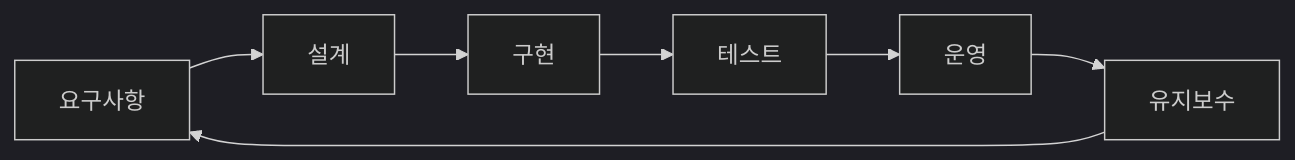
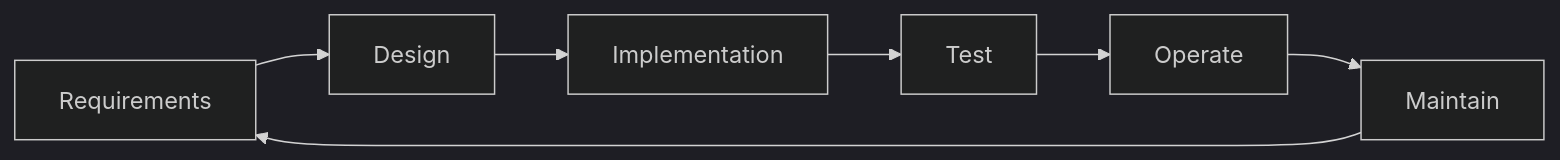
Before and after one commit to yeongseon-books/book-content: the diagram in content/software-engineering-101/ko/01-what-is-software-engineering.md, drawn with Mermaid (dark theme). The commit also changed other lines of this file and 9 other files, not shown here.

````diff
--- a/content/software-engineering-101/ko/01-what-is-software-engineering.md
+++ b/content/software-engineering-101/ko/01-what-is-software-engineering.md
@@ -36,9 +50,9 @@
 ```mermaid
 flowchart LR
-    R["요구사항"] --> D["설계"]
-    D --> I["구현"]
-    I --> T["테스트"]
-    T --> O["운영"]
-    O --> M["유지보수"]
+    R["Requirements"] --> D["Design"]
+    D --> I["Implementation"]
+    I --> T["Test"]
+    T --> O["Operate"]
+    O --> M["Maintain"]
     M --> R
 ```
````
